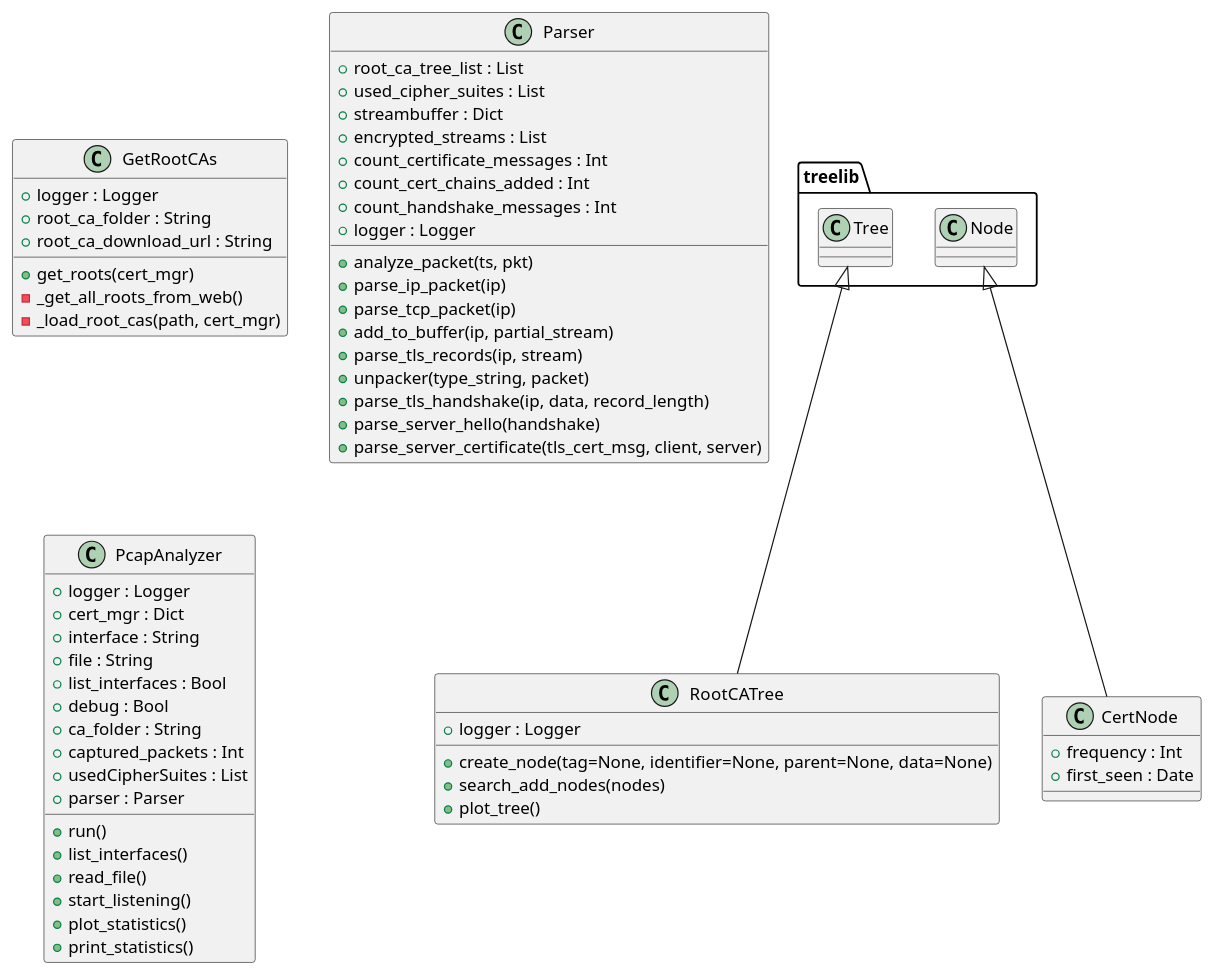
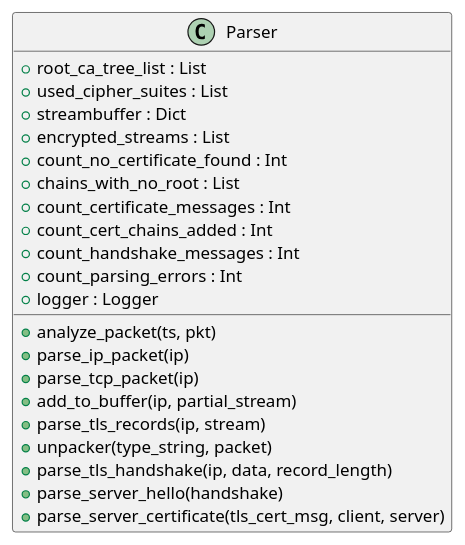
One commit to SebBil/PcapAnalyse changed the fourth of 5 diagrams in UML/Classes.puml. Above: the diagram before and after it, drawn with PlantUML. The commit also changed 7 other files, not shown here.

```diff
--- a/UML/Classes.puml
+++ b/UML/Classes.puml
@@ -1,70 +34,25 @@
 @startuml
-class RootCATree {
-    + logger : Logger
-
-    + create_node(tag=None, identifier=None, parent=None, data=None)
-    + search_add_nodes(nodes)
-    + plot_tree()
-}
-
-class CertNode {
-    + frequency : Int
-    + first_seen : Date
-}
-
-class GetRootCAs {
-    + logger : Logger
-    + root_ca_folder : String
-    + root_ca_download_url : String
-
-    + get_roots(cert_mgr)
-    - _get_all_roots_from_web()
-    - _load_root_cas(path, cert_mgr)
-}
-
-
 class Parser {
     + root_ca_tree_list : List
     + used_cipher_suites : List
     + streambuffer : Dict
     + encrypted_streams : List
+    + count_no_certificate_found : Int
+    + chains_with_no_root : List
     + count_certificate_messages : Int
     + count_cert_chains_added : Int
     + count_handshake_messages : Int
+    + count_parsing_errors : Int
     + logger : Logger
 
     + analyze_packet(ts, pkt)
     + parse_ip_packet(ip)
     + parse_tcp_packet(ip)
     + add_to_buffer(ip, partial_stream)
     + parse_tls_records(ip, stream)
     + unpacker(type_string, packet)
     + parse_tls_handshake(ip, data, record_length)
     + parse_server_hello(handshake)
     + parse_server_certificate(tls_cert_msg, client, server)
 }
-
-class PcapAnalyzer {
-    + logger : Logger
-    + cert_mgr : Dict
-    + interface : String
-    + file : String
-    + list_interfaces : Bool
-    + debug : Bool
-    + ca_folder : String
-    + captured_packets : Int
-    + usedCipherSuites : List
-    + parser : Parser
-
-    + run()
-    + list_interfaces()
-    + read_file()
-    + start_listening()
-    + plot_statistics()
-    + print_statistics()
-}
-
-treelib.Tree <|-- RootCATree
-treelib.Node <|-- CertNode
-
 @enduml
```
